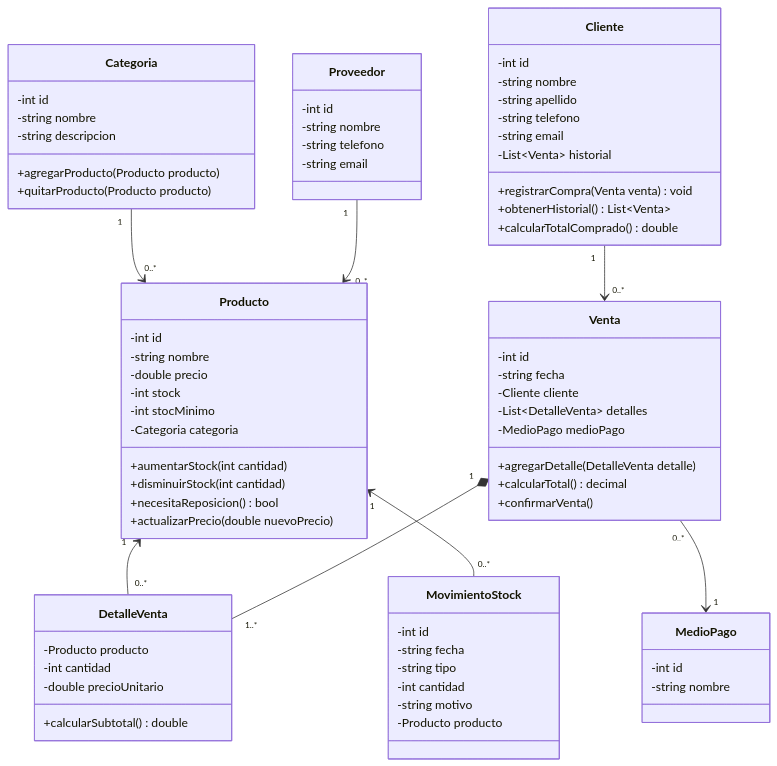
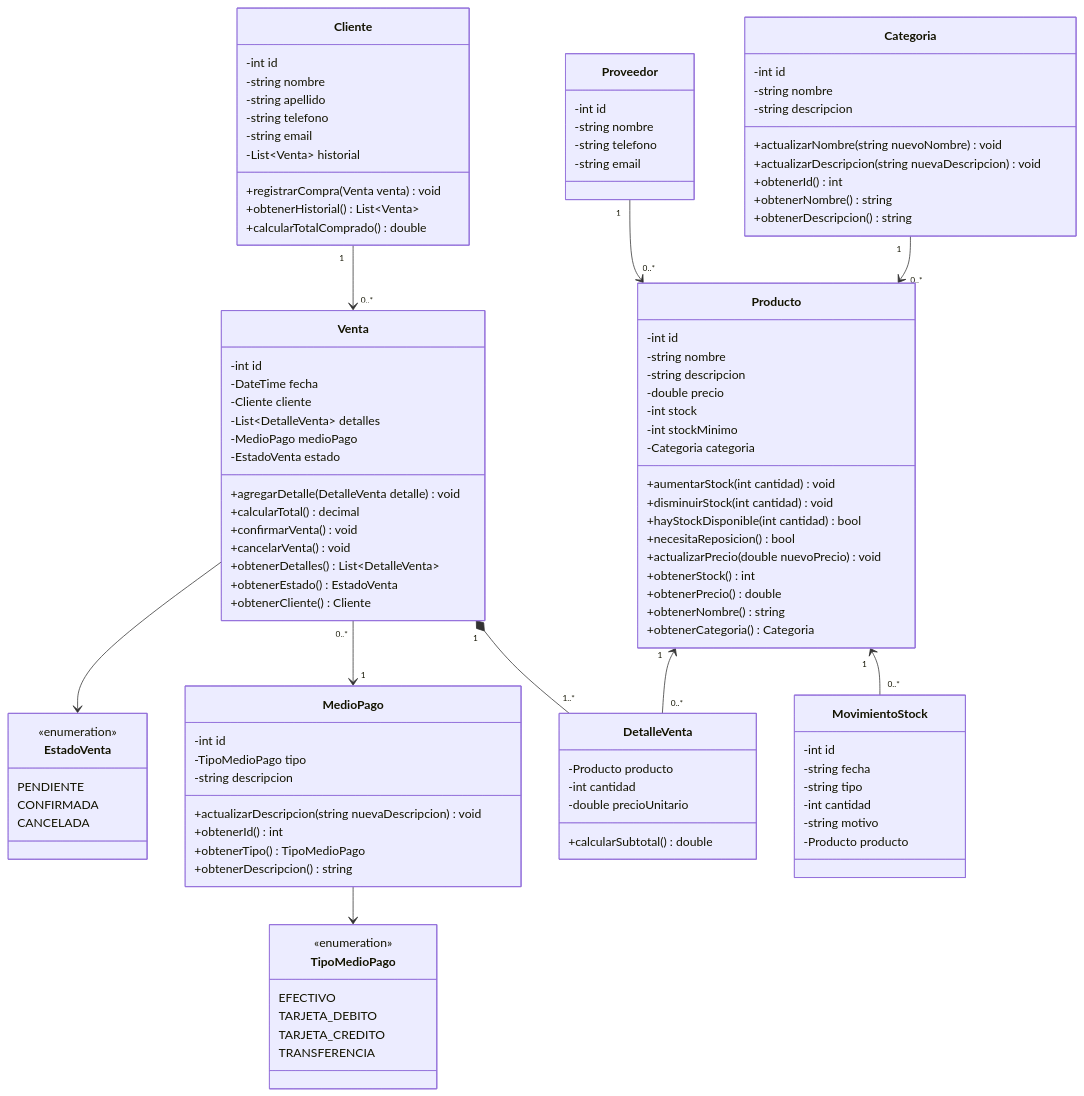
Before and after one commit to tobigutierrez-14/sistema-de-gestion-de-almacen: the diagram in docs/diagrama-clases.md, drawn with Mermaid.

Commit message:
docs: actualizar diagrama uml con especificaciones de producto, venta, mediopago y categoria

````diff
--- a/docs/diagrama-clases.md
+++ b/docs/diagrama-clases.md
@@ -7,8 +6,11 @@
         -int id
         -string nombre
         -string descripcion
-        +agregarProducto(Producto producto)
-        +quitarProducto(Producto producto)
+        +actualizarNombre(string nuevoNombre) void
+        +actualizarDescripcion(string nuevaDescripcion) void
+        +obtenerId() int
+        +obtenerNombre() string
+        +obtenerDescripcion() string
     }
 
     class Proveedor {
@@ -33,25 +35,61 @@
     class Producto {
         -int id
         -string nombre
+        -string descripcion
         -double precio
         -int stock
-        -int stocMinimo
+        -int stockMinimo
         -Categoria categoria
-        +aumentarStock(int cantidad)
-        +disminuirStock(int cantidad)
+        +aumentarStock(int cantidad) void
+        +disminuirStock(int cantidad) void
+        +hayStockDisponible(int cantidad) bool
         +necesitaReposicion() bool
-        +actualizarPrecio(double nuevoPrecio)
+        +actualizarPrecio(double nuevoPrecio) void
+        +obtenerStock() int
+        +obtenerPrecio() double
+        +obtenerNombre() string
+        +obtenerCategoria() Categoria
+    }
+
+    class TipoMedioPago {
+        <<enumeration>>
+        EFECTIVO
+        TARJETA_DEBITO
+        TARJETA_CREDITO
+        TRANSFERENCIA
+    }
+
+    class EstadoVenta {
+        <<enumeration>>
+        PENDIENTE
+        CONFIRMADA
+        CANCELADA
+    }
+
+    class MedioPago {
+        -int id
+        -TipoMedioPago tipo
+        -string descripcion
+        +actualizarDescripcion(string nuevaDescripcion) void
+        +obtenerId() int
+        +obtenerTipo() TipoMedioPago
+        +obtenerDescripcion() string
     }
 
     class Venta {
         -int id
-        -string fecha
+        -DateTime fecha
         -Cliente cliente
         -List~DetalleVenta~ detalles
         -MedioPago medioPago
-        +agregarDetalle(DetalleVenta detalle)
+        -EstadoVenta estado
+        +agregarDetalle(DetalleVenta detalle) void
         +calcularTotal() decimal
-        +confirmarVenta()
+        +confirmarVenta() void
+        +cancelarVenta() void
+        +obtenerDetalles() List~DetalleVenta~
+        +obtenerEstado() EstadoVenta
+        +obtenerCliente() Cliente
     }
 
     class DetalleVenta {
@@ -70,11 +108,6 @@
         -Producto producto
     }
 
-    class MedioPago {
-        -int id
-        -string nombre
-    }
-
     Categoria "1" --> "0..*" Producto
     Proveedor "1" --> "0..*" Producto
     Cliente "1" --> "0..*" Venta
@@ -82,4 +115,6 @@
     Producto "1" <-- "0..*" MovimientoStock
     Venta "1" *-- "1..*" DetalleVenta
     Venta "0..*" --> "1" MedioPago
+    MedioPago --> TipoMedioPago
+    Venta --> EstadoVenta
 ```
````
